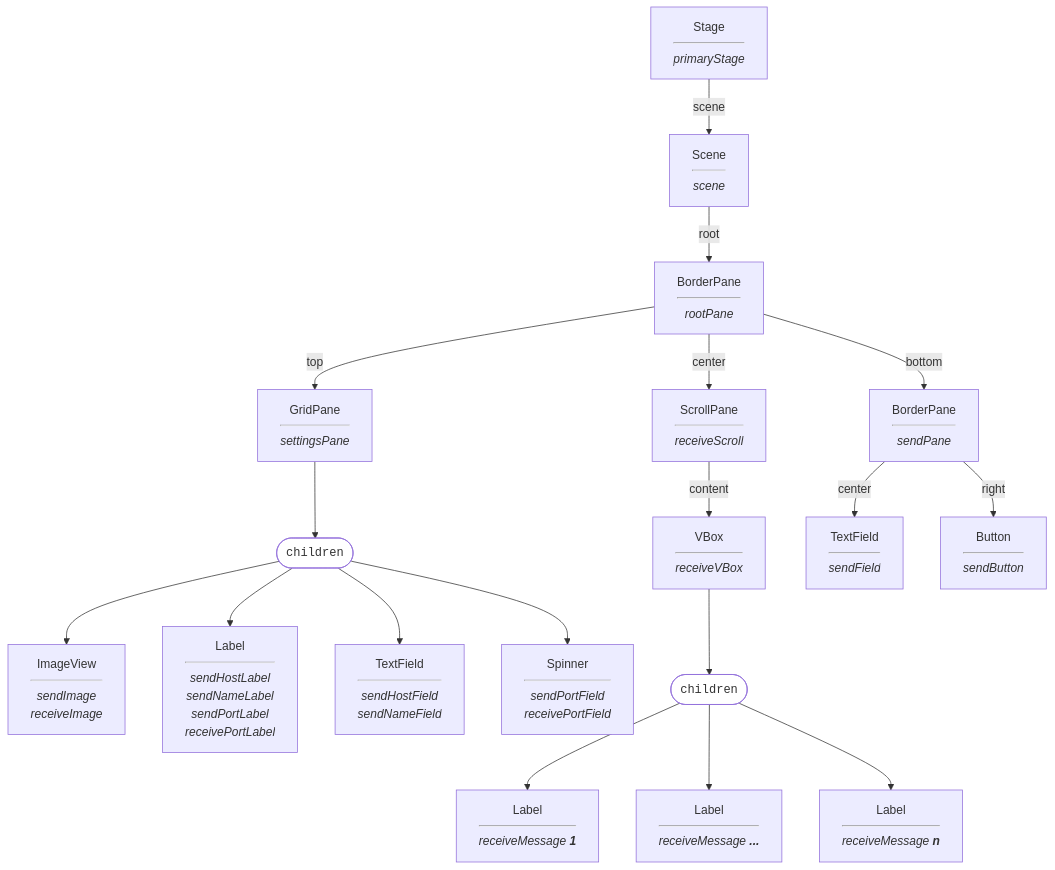
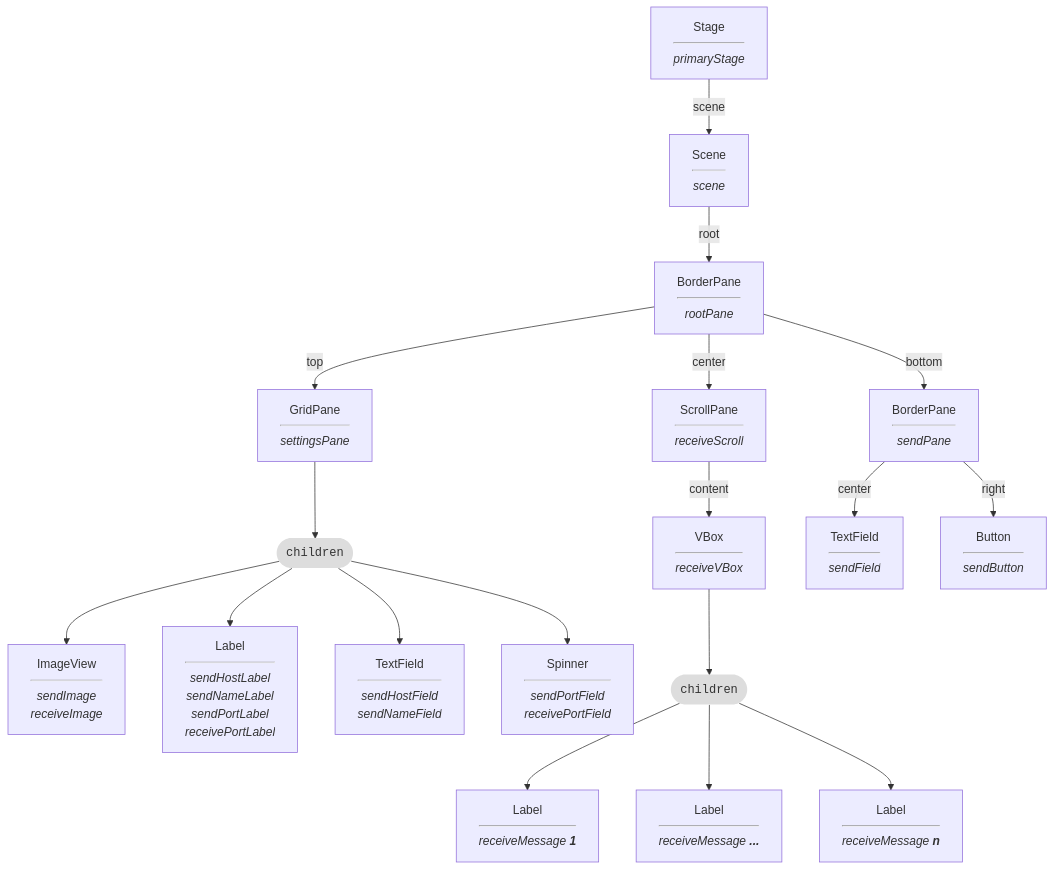
The diagram in Quellen/GUI-Chat-UDP/Scene.mmd (ghackenberg/kurs-java-programmierung), drawn with Mermaid before and after one commit. The commit also changed 9 other files, not shown here.

```diff
--- a/Quellen/GUI-Chat-UDP/Scene.mmd
+++ b/Quellen/GUI-Chat-UDP/Scene.mmd
@@ -1,32 +1,32 @@
 flowchart
 
     Stage["Stage<hr/><i>primaryStage</i>"] --scene--> Scene["Scene<hr/><i>scene</i>"]
 
     Scene --root--> BorderPane["BorderPane<hr/><i>rootPane</i>"]
 
     BorderPane --top--> GridPane["GridPane<hr/><i>settingsPane</i>"]
 
     GridPane --> Children1(["<code>children</code>"])
 
     Children1 --> ImageView["ImageView<hr/><i>sendImage</i><br/><i>receiveImage</i>"]
     Children1 --> Label1["Label<hr/><i>sendHostLabel</i><br/><i>sendNameLabel</i><br/><i>sendPortLabel</i><br/><i>receivePortLabel</i>"]
     Children1 --> TextField["TextField<hr/><i>sendHostField</i><br/><i>sendNameField</i>"]
     Children1 --> Spinner["Spinner<hr/><i>sendPortField</i><br/><i>receivePortField</i>"]
 
     BorderPane --center--> ScrollPane["ScrollPane<hr/><i>receiveScroll</i>"]
 
     ScrollPane --content--> VBox["VBox<hr/><i>receiveVBox</i>"]
 
     VBox --> Children2(["<code>children</code>"])
 
     Children2 --> Label2["Label<hr/><i>receiveMessage <b>1</b></i>"]
     Children2 --> Label3["Label<hr/><i>receiveMessage <b>...</b></i>"]
     Children2 --> Label4["Label<hr/><i>receiveMessage <b>n</b></i>"]
 
     BorderPane --bottom--> BorderPane2["BorderPane<hr/><i>sendPane</i>"]
 
     BorderPane2 --center--> TextField2["TextField<hr/><i>sendField</i>"]
     BorderPane2 --right--> Button["Button<hr/><i>sendButton</i>"]
 
-    style Children1 fill:white
-    style Children2 fill:white
+    style Children1 fill:#ddd,stroke:none
+    style Children2 fill:#ddd,stroke:none
```
